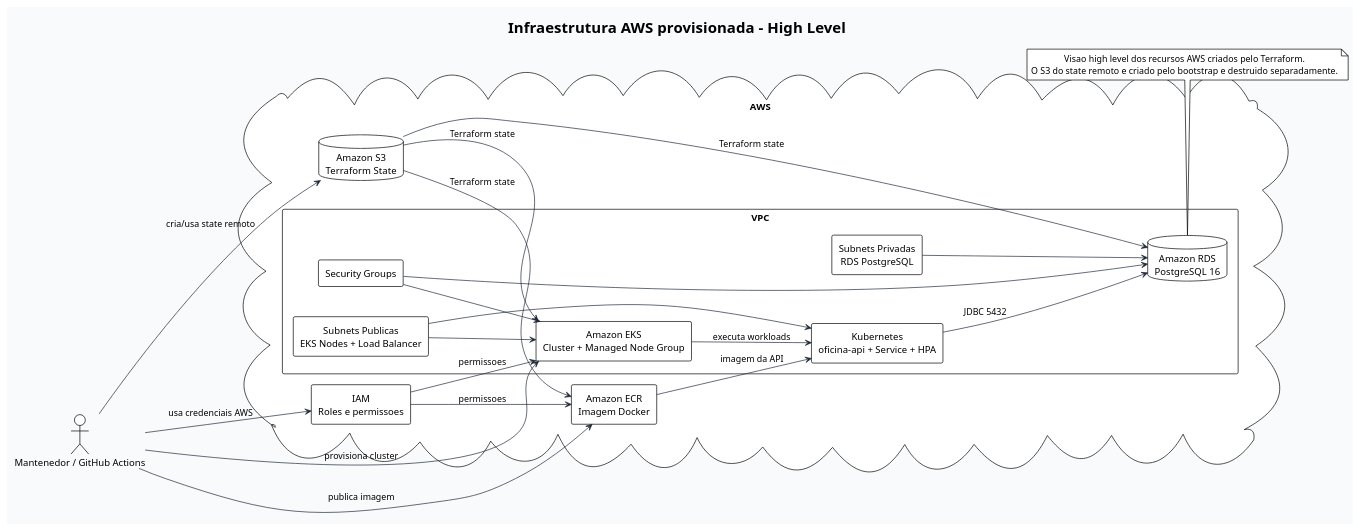
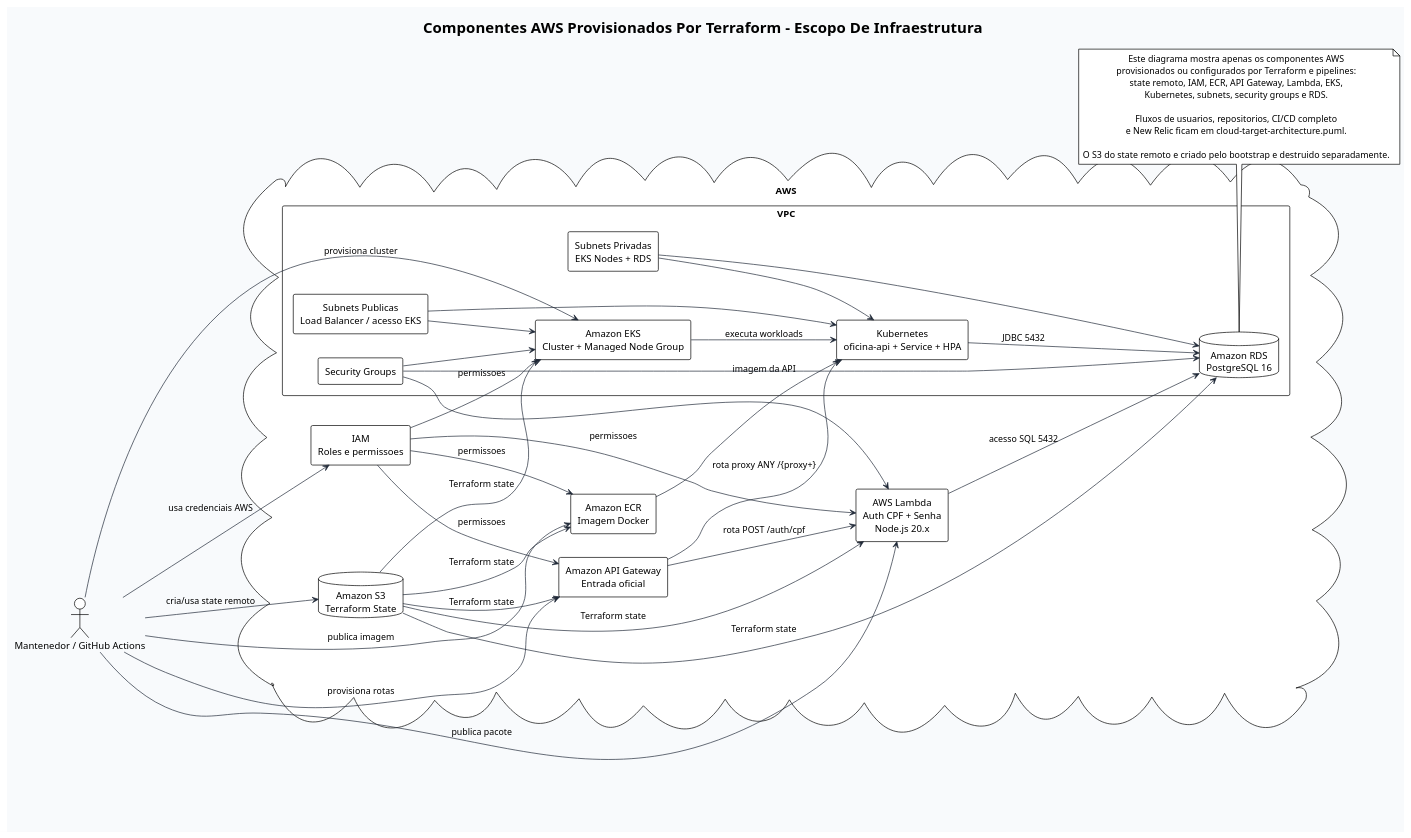
Before and after one commit to techdgconsulting/oficina-dgcar-docs: the diagram in docs/arquitetura/aws-infra-components.puml, drawn with PlantUML. The commit also changed 66 other files, not shown here.

```diff
--- a/docs/arquitetura/aws-infra-components.puml
+++ b/docs/arquitetura/aws-infra-components.puml
@@ -1,59 +1,79 @@
 @startuml aws-infra-components
 !theme plain
 skinparam backgroundColor #F8FAFC
 skinparam shadowing false
 skinparam componentStyle rectangle
 skinparam packageStyle rectangle
 skinparam ArrowColor #1F2937
 skinparam defaultTextAlignment center
 
 left to right direction
 
-title Infraestrutura AWS provisionada - High Level
+title Componentes AWS Provisionados Por Terraform - Escopo De Infraestrutura
 
 actor "Mantenedor / GitHub Actions" as maintainer
 
 cloud "AWS" {
   database "Amazon S3\nTerraform State" as s3
   rectangle "IAM\nRoles e permissoes" as iam
   rectangle "Amazon ECR\nImagem Docker" as ecr
+  rectangle "Amazon API Gateway\nEntrada oficial" as apigw
+  rectangle "AWS Lambda\nAuth CPF + Senha\nNode.js 20.x" as lambda
 
   package "VPC" {
-    rectangle "Subnets Publicas\nEKS Nodes + Load Balancer" as publicSubnets
-    rectangle "Subnets Privadas\nRDS PostgreSQL" as privateSubnets
+    rectangle "Subnets Publicas\nLoad Balancer / acesso EKS" as publicSubnets
+    rectangle "Subnets Privadas\nEKS Nodes + RDS" as privateSubnets
     rectangle "Security Groups" as securityGroups
 
     rectangle "Amazon EKS\nCluster + Managed Node Group" as eks
     rectangle "Kubernetes\noficina-api + Service + HPA" as k8s
     database "Amazon RDS\nPostgreSQL 16" as rds
   }
 }
 
 maintainer --> s3 : cria/usa state remoto
 maintainer --> iam : usa credenciais AWS
 maintainer --> ecr : publica imagem
 maintainer --> eks : provisiona cluster
+maintainer --> apigw : provisiona rotas
+maintainer --> lambda : publica pacote
 
 s3 --> eks : Terraform state
 s3 --> rds : Terraform state
 s3 --> ecr : Terraform state
+s3 --> apigw : Terraform state
+s3 --> lambda : Terraform state
 
 iam --> eks : permissoes
 iam --> ecr : permissoes
+iam --> apigw : permissoes
+iam --> lambda : permissoes
 
+apigw --> lambda : rota POST /auth/cpf
+apigw --> k8s : rota proxy ANY /{proxy+}
+lambda --> rds : acesso SQL 5432
 ecr --> k8s : imagem da API
 eks --> k8s : executa workloads
 k8s --> rds : JDBC 5432
 
 publicSubnets --> eks
 publicSubnets --> k8s
+privateSubnets --> k8s
 privateSubnets --> rds
 securityGroups --> eks
 securityGroups --> rds
+securityGroups --> lambda
 
 note bottom
-  Visao high level dos recursos AWS criados pelo Terraform.
+  Este diagrama mostra apenas os componentes AWS
+  provisionados ou configurados por Terraform e pipelines:
+  state remoto, IAM, ECR, API Gateway, Lambda, EKS,
+  Kubernetes, subnets, security groups e RDS.
+
+  Fluxos de usuarios, repositorios, CI/CD completo
+  e New Relic ficam em cloud-target-architecture.puml.
+
   O S3 do state remoto e criado pelo bootstrap e destruido separadamente.
 end note
 
 @enduml
```
